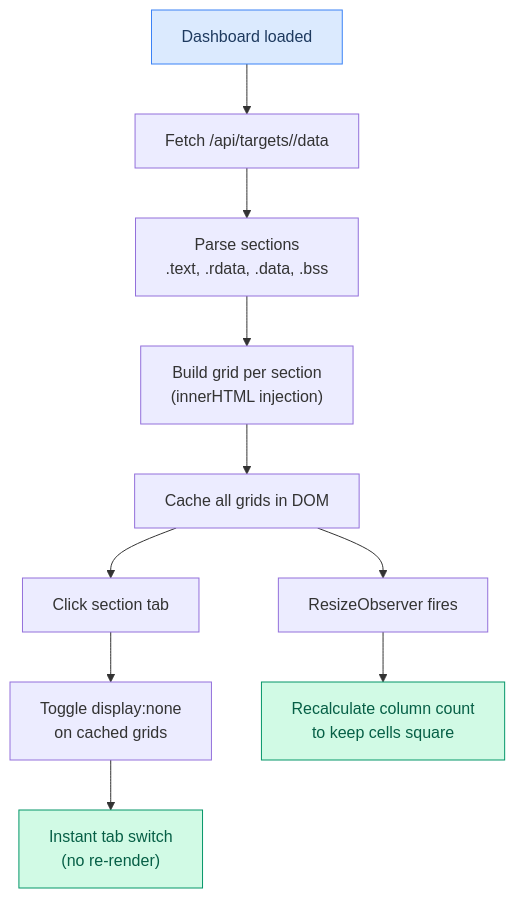
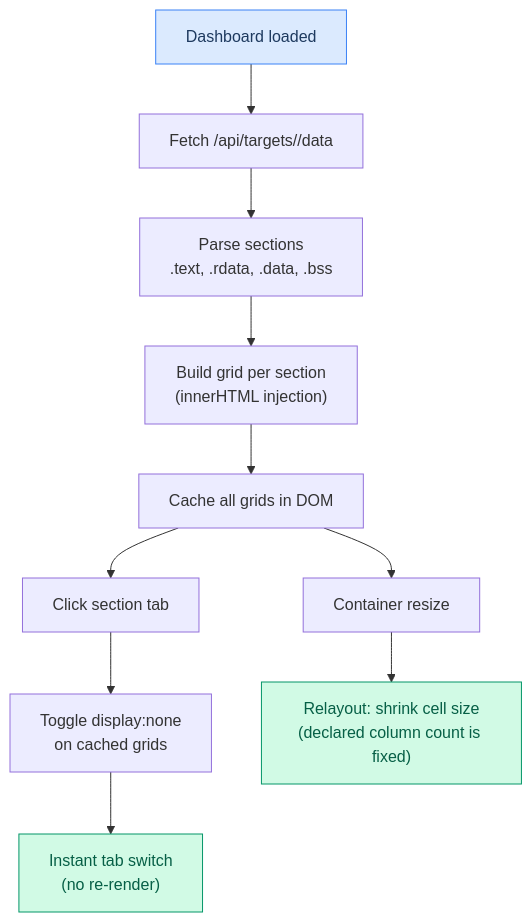
Before and after one commit to maci0/recoverage: the second of 17 diagrams in docs/USER_STORIES.md, drawn with Mermaid. The commit also changed other lines of this file and 17 other files, not shown here.

````diff
--- a/docs/USER_STORIES.md
+++ b/docs/USER_STORIES.md
@@ -57,18 +57,18 @@
 ```mermaid
 graph TD
     A["Dashboard loaded"] --> B["Fetch /api/targets/<target>/data"]
     B --> C["Parse sections<br/>.text, .rdata, .data, .bss"]
     C --> D["Build grid per section<br/>(innerHTML injection)"]
     D --> E["Cache all grids in DOM"]
 
     E --> F["Click section tab"]
     F --> G["Toggle display:none<br/>on cached grids"]
     G --> H["Instant tab switch<br/>(no re-render)"]
 
-    E --> I["ResizeObserver fires"]
-    I --> J["Recalculate column count<br/>to keep cells square"]
+    E --> I["Container resize"]
+    I --> J["Relayout: shrink cell size<br/>(declared column count is fixed)"]
 
     style A fill:#dbeafe,stroke:#3b82f6,color:#1e3a5f
     style H fill:#d1fae5,stroke:#059669,color:#065f46
     style J fill:#d1fae5,stroke:#059669,color:#065f46
 ```
````
